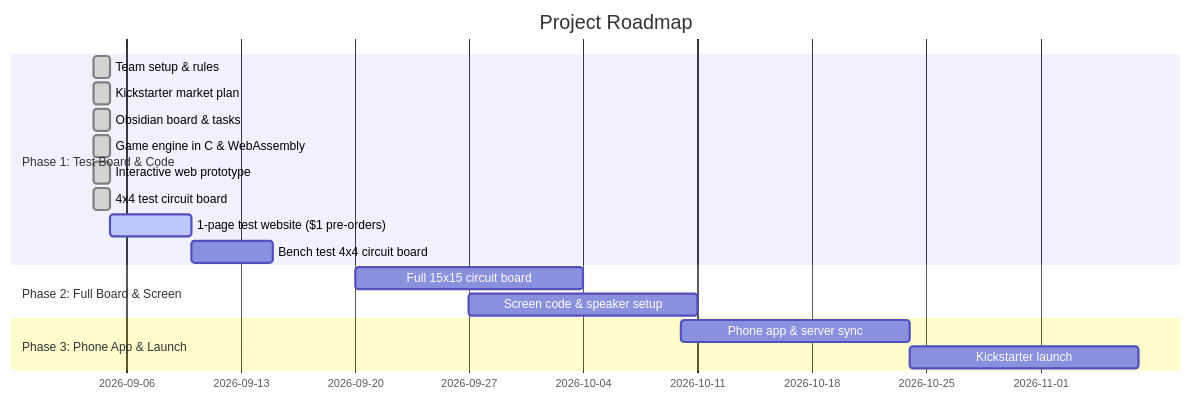
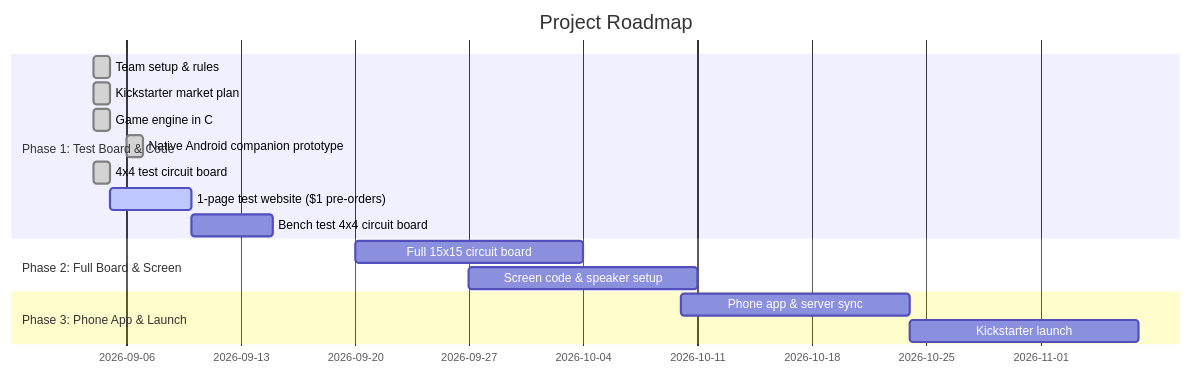
Before and after one commit to robindelis/Smart-Crossword-: the diagram in PROJECT_STATE.md, drawn with Mermaid. The commit also changed other lines of this file and 31 other files, not shown here.

Commit message:
refactor: retire webapp and align project completely around native Android companion

````diff
--- a/PROJECT_STATE.md
+++ b/PROJECT_STATE.md
@@ -10,20 +10,19 @@
 ```mermaid
 gantt
     title Project Roadmap
     dateFormat  YYYY-MM-DD
     section Phase 1: Test Board & Code
     Team setup & rules                   :done, p1, 2026-09-04, 1d
     Kickstarter market plan              :done, p2, 2026-09-04, 1d
-    Obsidian board & tasks               :done, p2b, 2026-09-04, 1d
-    Game engine in C & WebAssembly       :done, p3, 2026-09-04, 1d
-    Interactive web prototype            :done, p3b, 2026-09-04, 1d
+    Game engine in C                     :done, p3, 2026-09-04, 1d
+    Native Android companion prototype   :done, p3b, 2026-09-06, 1d
     4x4 test circuit board               :done, p4, 2026-09-04, 1d
     1-page test website ($1 pre-orders)  :active, p5, 2026-09-05, 5d
     Bench test 4x4 circuit board         :p5b, 2026-09-10, 5d
     section Phase 2: Full Board & Screen
     Full 15x15 circuit board             :p6, 2026-09-20, 14d
     Screen code & speaker setup          :p7, 2026-09-27, 14d
     section Phase 3: Phone App & Launch
     Phone app & server sync              :p8, 2026-10-10, 14d
     Kickstarter launch                   :p9, 2026-10-24, 14d
 ```
````
